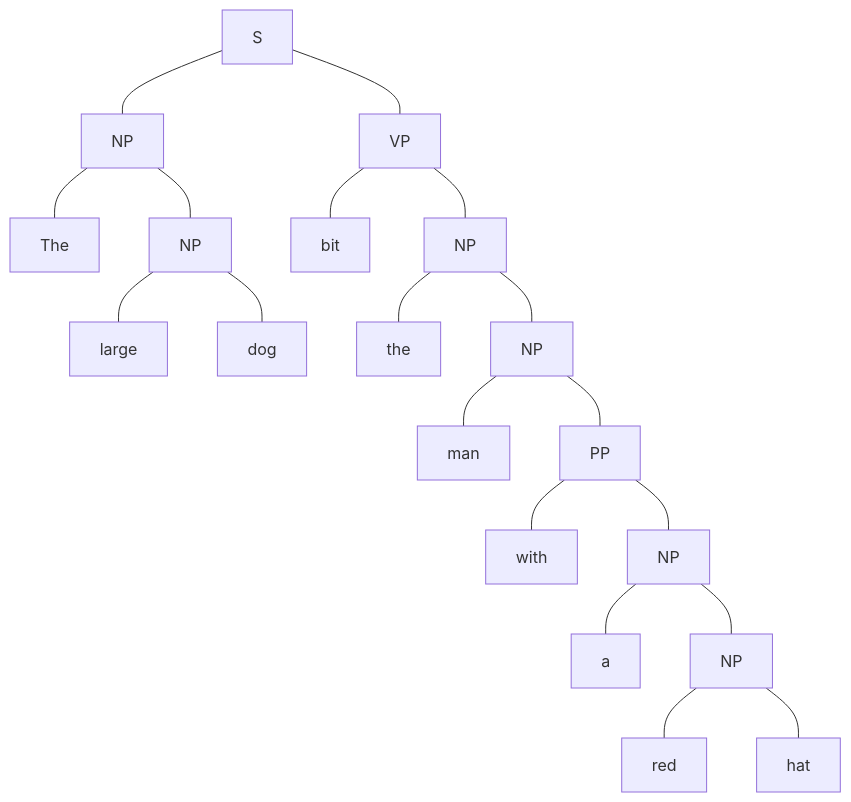
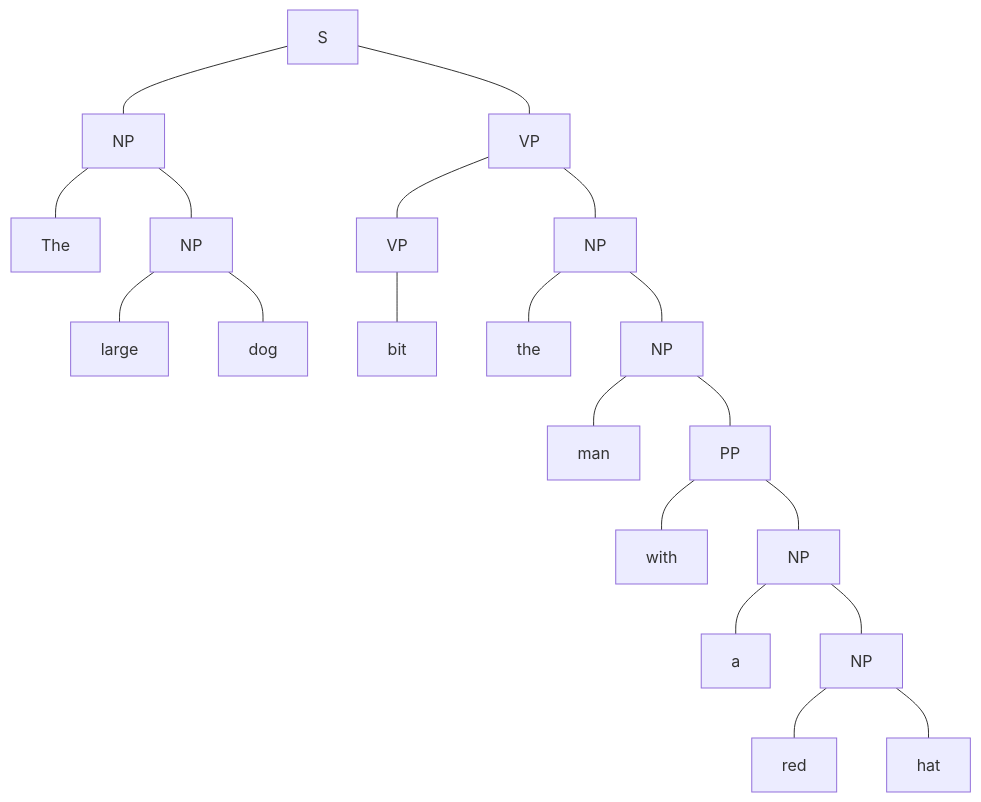
Before and after one commit to CSS-TARUMT-PG/BACS3074-Past-Year-Answer: the third of 4 diagrams in 2024-OCT/answer.md, drawn with Mermaid. The commit also changed other lines of this file, not shown here.

````diff
--- a/2024-OCT/answer.md
+++ b/2024-OCT/answer.md
@@ -100,32 +100,33 @@
 ```mermaid
 graph TD
     Det1["The"]
     ADJ1["large"]
     N1["dog"]
     V1["bit"]
     Det2["the"]
     N2["man"]
     P1["with"]
     Det3["a"]
     ADJ2["red"]
     N3["hat"]
 
     S["S"] --- NP6
     S --- VP1
     NP6["NP"] --- Det1
     NP6 --- NP5
     NP5["NP"] --- ADJ1
     NP5 --- N1
-    VP1["VP"] --- V1
+    VP1["VP"] --- VP2
     VP1 ---  NP4
+    VP2["VP"] --- V1
     NP4["NP"] --- Det2
     NP4 --- NP3
     NP3["NP"] --- N2
     NP3 --- PP1
     PP1["PP"] --- P1
     PP1 --- NP2
     NP2["NP"] --- Det3
     NP2 --- NP1
     NP1["NP"] --- ADJ2
     NP1 --- N3
 ```
````
